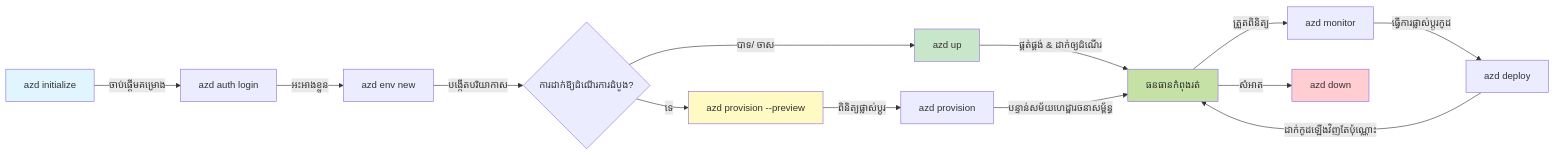
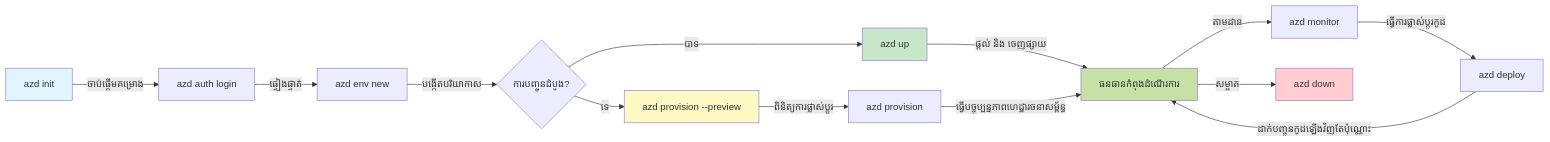
One commit to microsoft/AZD-for-beginners changed the first of 2 diagrams in translations/km/docs/chapter-01-foundation/azd-basics.md. Above: the diagram before and after it, drawn with Mermaid. The commit also changed other lines of this file and 34 other files, not shown here.

````diff
--- a/translations/km/docs/chapter-01-foundation/azd-basics.md
+++ b/translations/km/docs/chapter-01-foundation/azd-basics.md
@@ -269,21 +269,21 @@
 ```mermaid
 graph LR
-    A[azd initialize] -->|ចាប់ផ្តើមគម្រោង| B[azd auth login]
-    B -->|អះអាងខ្លួន| C[azd env new]
-    C -->|បង្កើតបរិយាកាស| D{ការដាក់ឱ្យដំណើរការដំបូង?}
-    D -->|បាទ/ ចាស| E[azd up]
+    A[azd init] -->|ចាប់ផ្តើមគម្រោង| B[azd auth login]
+    B -->|ផ្ទៀងផ្ទាត់| C[azd env new]
+    C -->|បង្កើតបរិយាកាស| D{ការបញ្ចូនដំបូង?}
+    D -->|បាទ| E[azd up]
     D -->|ទេ| F[azd provision --preview]
-    F -->|ពិនិត្យផ្លាស់ប្ដូរ| G[azd provision]
-    E -->|ផ្គត់ផ្គង់ & ដាក់ឲ្យដំណើរ| H[ធនធានកំពុងរត់]
-    G -->|បន្ទាន់សម័យហេដ្ឋារចនាសម្ព័ន្ធ| H
-    H -->|ត្រួតពិនិត្យ| I[azd monitor]
+    F -->|ពិនិត្យការផ្លាស់ប្ដូរ| G[azd provision]
+    E -->|ផ្តល់ និង ចេញផ្សាយ| H[ធនធានកំពុងដំណើរការ]
+    G -->|ធ្វើបច្ចុប្បន្នភាពហេដ្ឋារចនាសម្ព័ន្ធ| H
+    H -->|តាមដាន| I[azd monitor]
     I -->|ធ្វើការផ្លាស់ប្ដូរកូដ| J[azd deploy]
-    J -->|ដាក់កូដឡើងវិញតែប៉ុណ្ណោះ| H
-    H -->|សំអាត| K[azd down]
+    J -->|ដាក់បញ្ចូនកូដឡើងវិញតែប៉ុណ្ណោះ| H
+    H -->|សម្អាត| K[azd down]
     
     style A fill:#e1f5fe
     style E fill:#c8e6c9
     style F fill:#fff9c4
     style H fill:#c5e1a5
     style K fill:#ffcdd2
 ```
````
